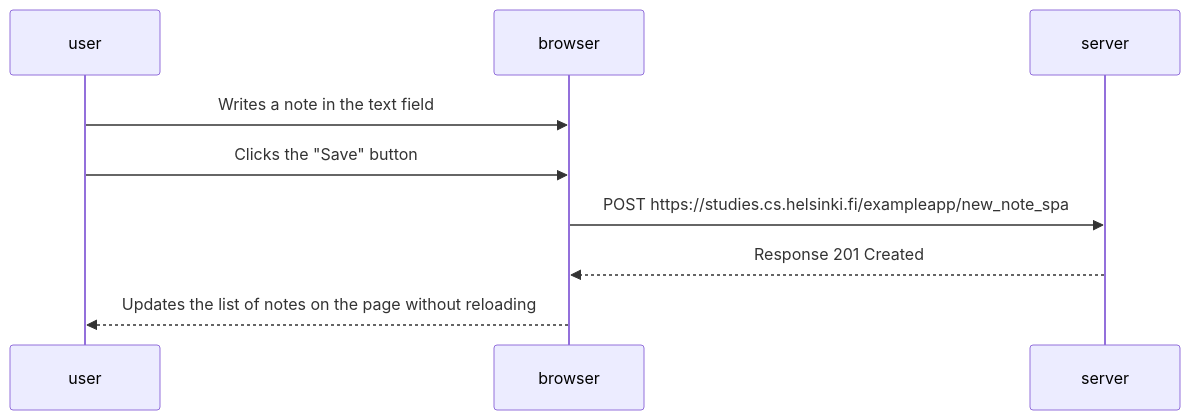
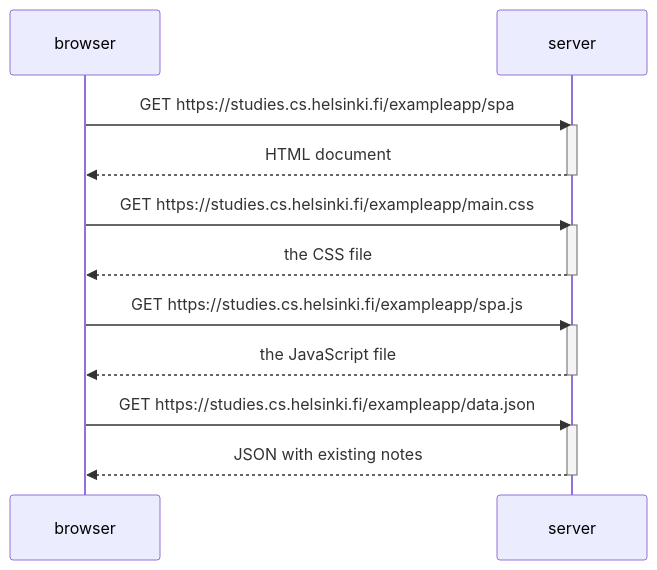
The diagram in part0/0.5 diagram.mmd (marisoltorres99/fullstackopen), drawn with Mermaid before and after one commit. The commit also changed 1 other file, not shown here.

Commit message:
0.5 y 0.6 diagrams

```diff
--- a/part0/0.5 diagram.mmd
+++ b/part0/0.5 diagram.mmd
@@ -1,10 +1,23 @@
 sequenceDiagram
-    participant user
     participant browser
     participant server
 
-    user->>browser: Writes a note in the text field
-    user->>browser: Clicks the "Save" button
-    browser->>server: POST https://studies.cs.helsinki.fi/exampleapp/new_note_spa
-    server-->>browser: Response 201 Created
-    browser-->>user: Updates the list of notes on the page without reloading
+    browser->>server: GET https://studies.cs.helsinki.fi/exampleapp/spa
+    activate server
+    server-->>browser: HTML document
+    deactivate server
+
+    browser->>server: GET https://studies.cs.helsinki.fi/exampleapp/main.css
+    activate server
+    server-->>browser: the CSS file
+    deactivate server
+
+    browser->>server: GET https://studies.cs.helsinki.fi/exampleapp/spa.js
+    activate server
+    server-->>browser: the JavaScript file
+    deactivate server
+
+    browser->>server: GET https://studies.cs.helsinki.fi/exampleapp/data.json
+    activate server
+    server-->>browser: JSON with existing notes
+    deactivate server
```
